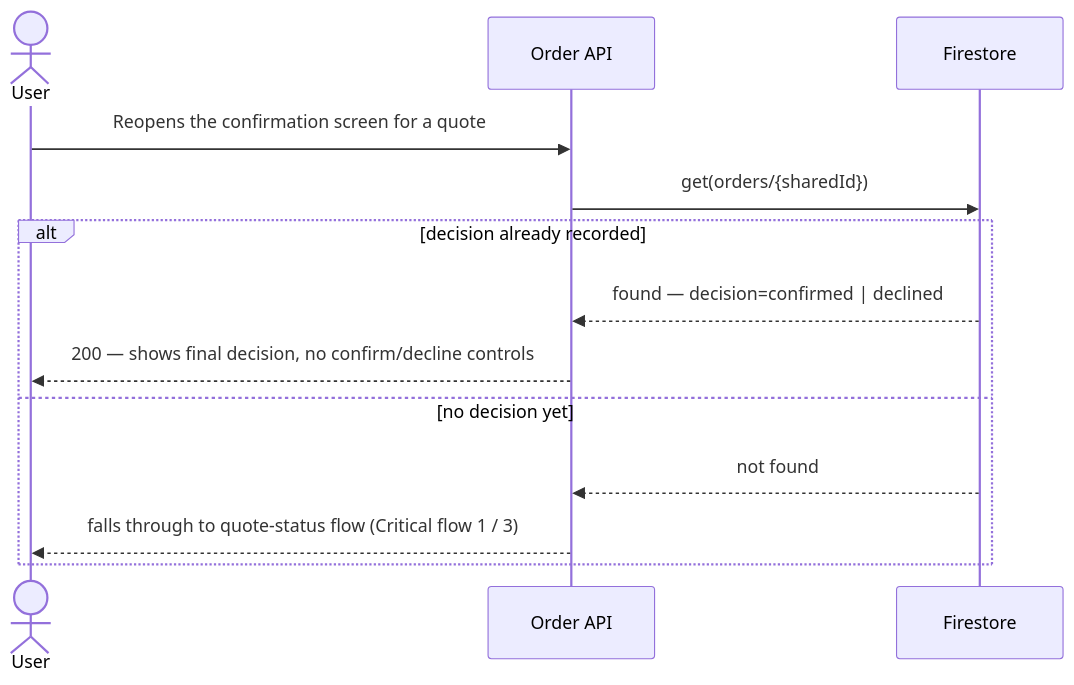
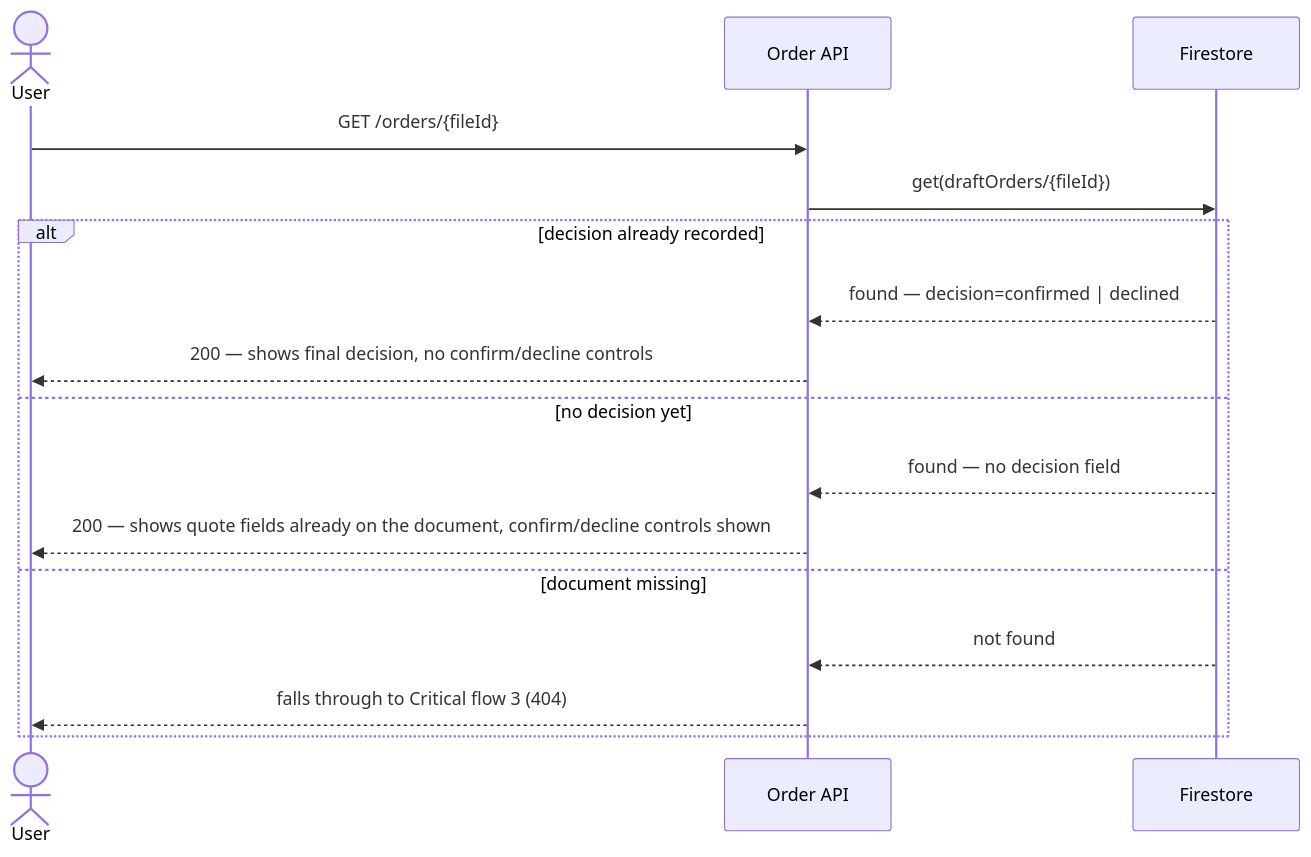
One commit to yahacom/print-marketplace changed the eighth of 8 diagrams in docs/features/order-confirmation/sad.md. Above: the diagram before and after it, drawn with Mermaid. The commit also changed other lines of this file and 7 other files, not shown here.

````diff
--- a/docs/features/order-confirmation/sad.md
+++ b/docs/features/order-confirmation/sad.md
@@ -212,15 +229,18 @@
 ```mermaid
 sequenceDiagram
     actor User
     participant API as Order API
     participant FS as Firestore
-    User->>API: Reopens the confirmation screen for a quote
-    API->>FS: get(orders/{sharedId})
+    User->>API: GET /orders/{fileId}
+    API->>FS: get(draftOrders/{fileId})
     alt decision already recorded
         FS-->>API: found — decision=confirmed | declined
         API-->>User: 200 — shows final decision, no confirm/decline controls
     else no decision yet
+        FS-->>API: found — no decision field
+        API-->>User: 200 — shows quote fields already on the document, confirm/decline controls shown
+    else document missing
         FS-->>API: not found
-        API-->>User: falls through to quote-status flow (Critical flow 1 / 3)
+        API-->>User: falls through to Critical flow 3 (404)
     end
 ```
````
